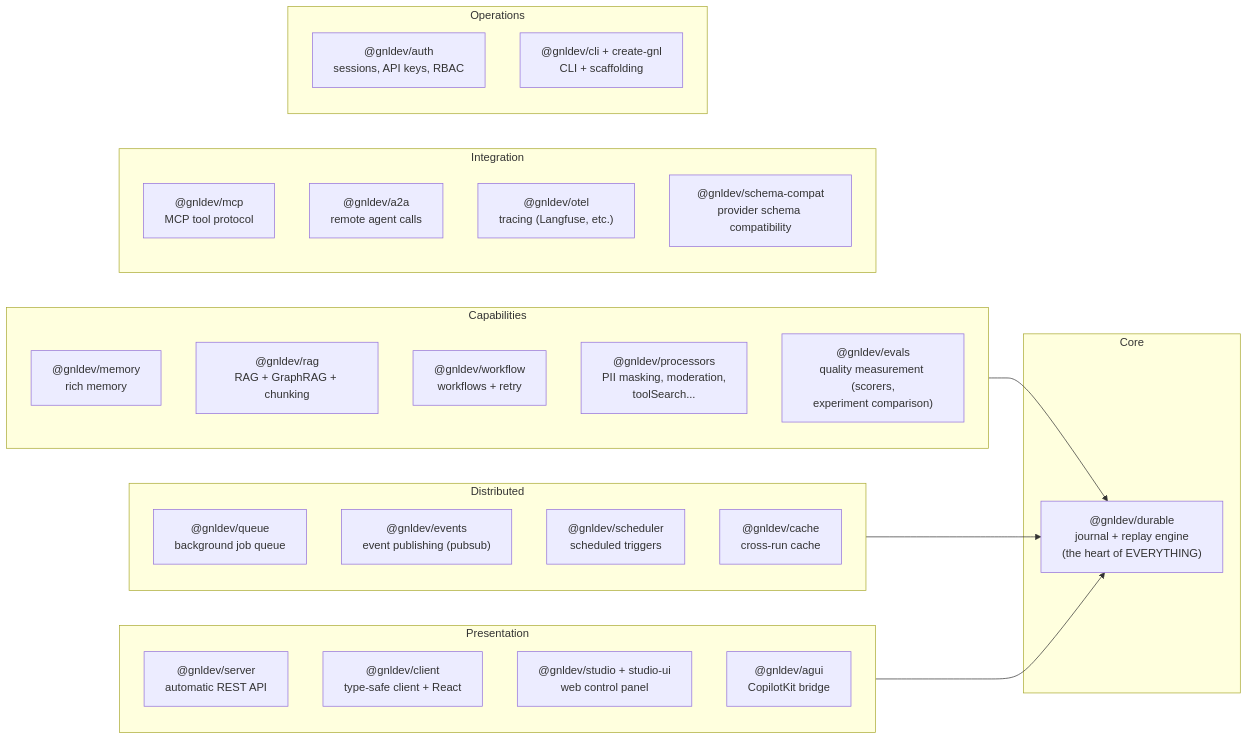
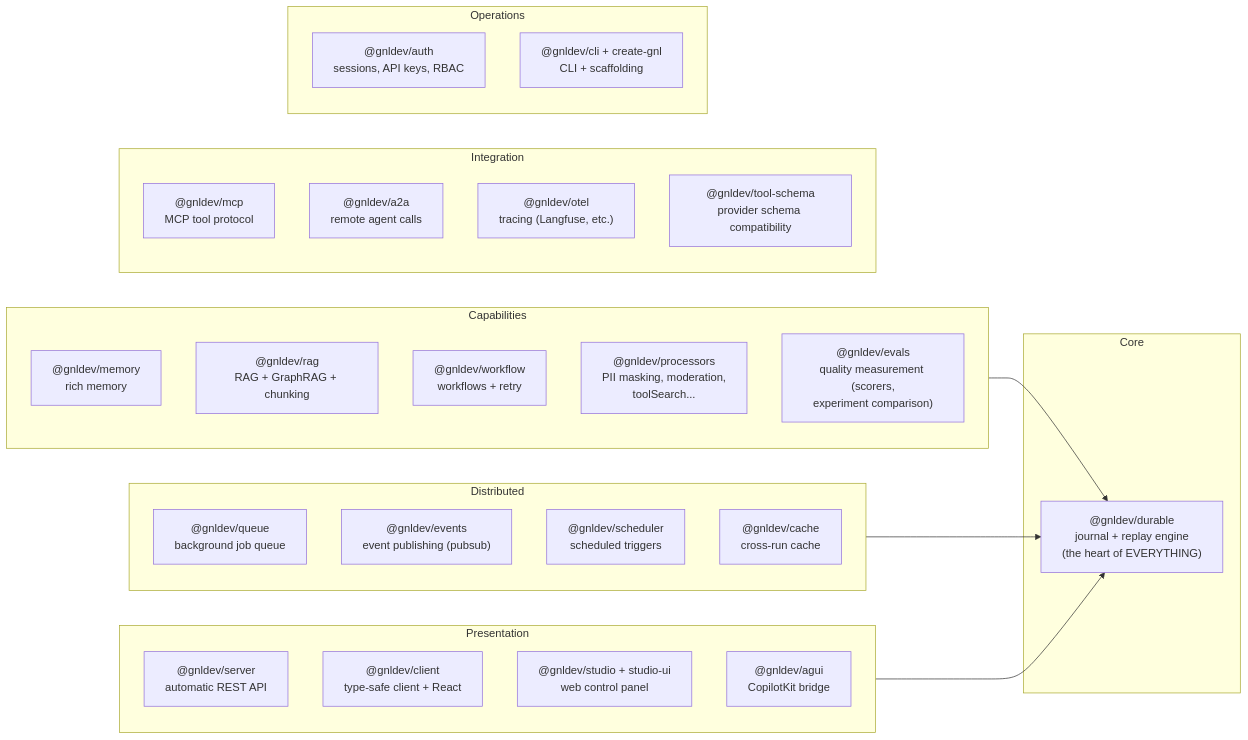
The fourth of 10 diagrams in docs/GUIDE.md (Karaca7/gnldev), drawn with Mermaid before and after one commit. The commit also changed 20 other files, not shown here.

First line of the commit message:
Rename @gnldev/schema-compat to @gnldev/tool-schema

````diff
--- a/docs/GUIDE.md
+++ b/docs/GUIDE.md
@@ -263,38 +263,38 @@
 ```mermaid
 graph LR
     subgraph Core
         durable["@gnldev/durable<br/>journal + replay engine<br/>(the heart of EVERYTHING)"]
     end
     subgraph Capabilities
         memory["@gnldev/memory<br/>rich memory"]
         rag["@gnldev/rag<br/>RAG + GraphRAG + chunking"]
         workflow["@gnldev/workflow<br/>workflows + retry"]
         processors["@gnldev/processors<br/>PII masking, moderation,<br/>toolSearch..."]
         evals["@gnldev/evals<br/>quality measurement (scorers,<br/>experiment comparison)"]
     end
     subgraph Distributed
         queue["@gnldev/queue<br/>background job queue"]
         events["@gnldev/events<br/>event publishing (pubsub)"]
         scheduler["@gnldev/scheduler<br/>scheduled triggers"]
         cache["@gnldev/cache<br/>cross-run cache"]
     end
     subgraph Presentation
         server["@gnldev/server<br/>automatic REST API"]
         client["@gnldev/client<br/>type-safe client + React"]
         studio["@gnldev/studio + studio-ui<br/>web control panel"]
         agui["@gnldev/agui<br/>CopilotKit bridge"]
     end
     subgraph Integration
         mcp["@gnldev/mcp<br/>MCP tool protocol"]
         a2a["@gnldev/a2a<br/>remote agent calls"]
         otel["@gnldev/otel<br/>tracing (Langfuse, etc.)"]
-        schema["@gnldev/schema-compat<br/>provider schema compatibility"]
+        schema["@gnldev/tool-schema<br/>provider schema compatibility"]
     end
     subgraph Operations
         auth["@gnldev/auth<br/>sessions, API keys, RBAC"]
         cli["@gnldev/cli + create-gnl<br/>CLI + scaffolding"]
     end
     Capabilities --> durable
     Distributed --> durable
     Presentation --> durable
 ```
````
